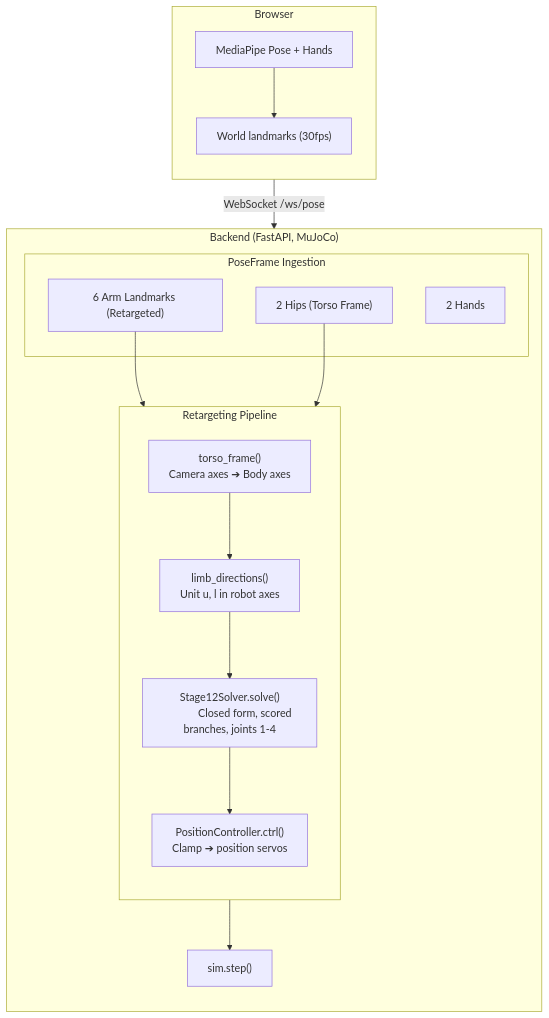
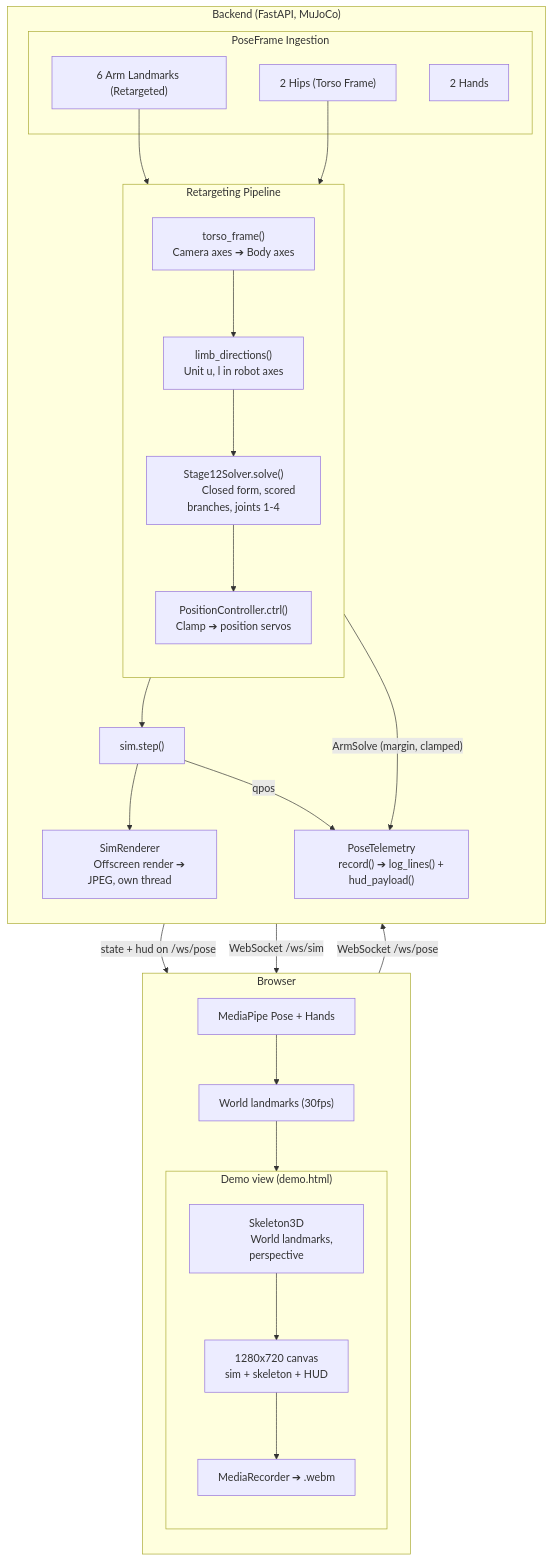
One commit to lonerapier/pose-retarget changed the diagram in README.md. Above: the diagram before and after it, drawn with Mermaid. The commit also changed other lines of this file and 2 other files, not shown here.

````diff
--- a/README.md
+++ b/README.md
@@ -30,40 +30,60 @@
 ```mermaid
 flowchart TD
     subgraph Browser ["Browser"]
         direction TB
         MP["MediaPipe Pose + Hands"]
         WL["World landmarks (30fps)"]
         MP --> WL
+
+        subgraph View ["Demo view (demo.html)"]
+            direction TB
+            SK["Skeleton3D
+            World landmarks, perspective"]
+            CANVAS["1280x720 canvas
+            sim + skeleton + HUD"]
+            REC["MediaRecorder ➔ .webm"]
+            SK --> CANVAS --> REC
+        end
     end
 
     subgraph Backend ["Backend (FastAPI, MuJoCo)"]
         direction TB
 
         subgraph PF ["PoseFrame Ingestion"]
             ARM["6 Arm Landmarks (Retargeted)"]
             HIPS["2 Hips (Torso Frame)"]
             HANDS["2 Hands"]
         end
 
         subgraph Pipeline ["Retargeting Pipeline"]
             direction TB
             TF["torso_frame()
             Camera axes ➔ Body axes"]
             LD["limb_directions()
             Unit u, l in robot axes"]
             SOLVER["Stage12Solver.solve()
             Closed form, scored branches, joints 1-4"]
             CTRL["PositionController.ctrl()
             Clamp ➔ position servos"]
 
             TF --> LD --> SOLVER --> CTRL
         end
 
         SIM["sim.step()"]
+        TEL["PoseTelemetry
+        record() ➔ log_lines() + hud_payload()"]
+        REN["SimRenderer
+        Offscreen render ➔ JPEG, own thread"]
     end
 
     WL -- "WebSocket /ws/pose" --> PF
+    WL --> SK
     ARM --> TF
     HIPS --> TF
     CTRL --> SIM
+    SOLVER -- "ArmSolve (margin, clamped)" --> TEL
+    SIM --> REN
+    SIM -- "qpos" --> TEL
+    TEL -- "state + hud on /ws/pose" --> CANVAS
+    REN -- "WebSocket /ws/sim" --> CANVAS
 ```
````
